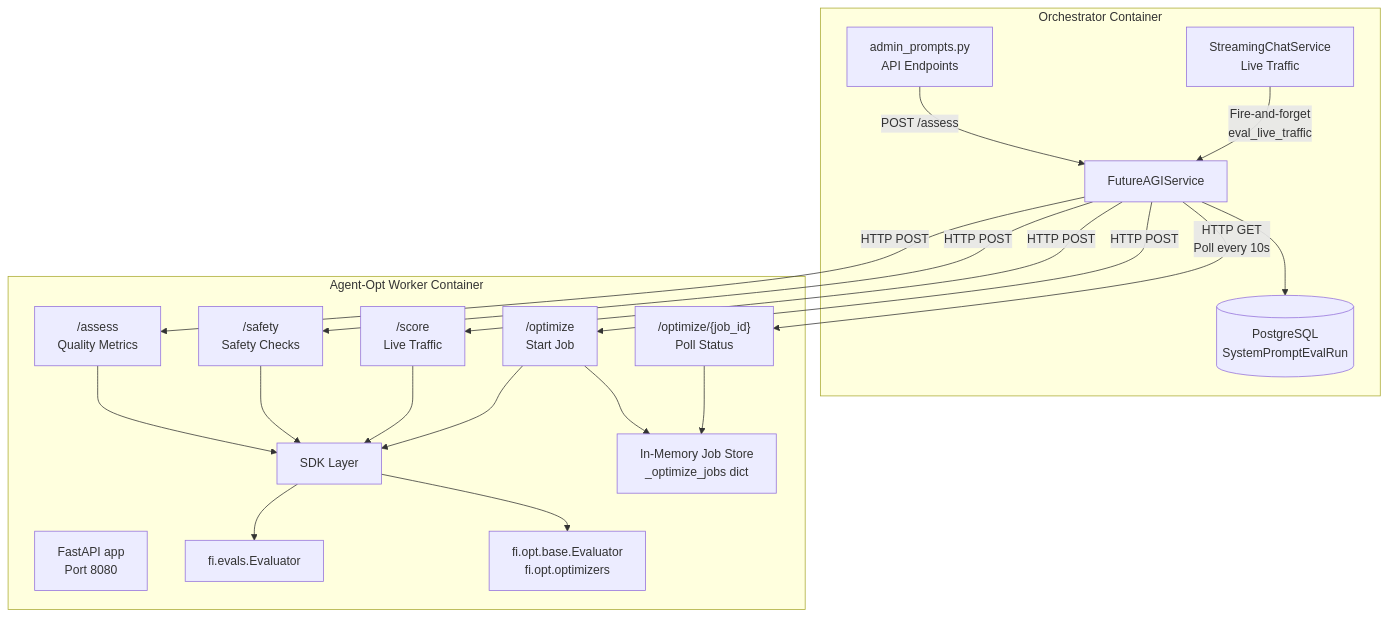
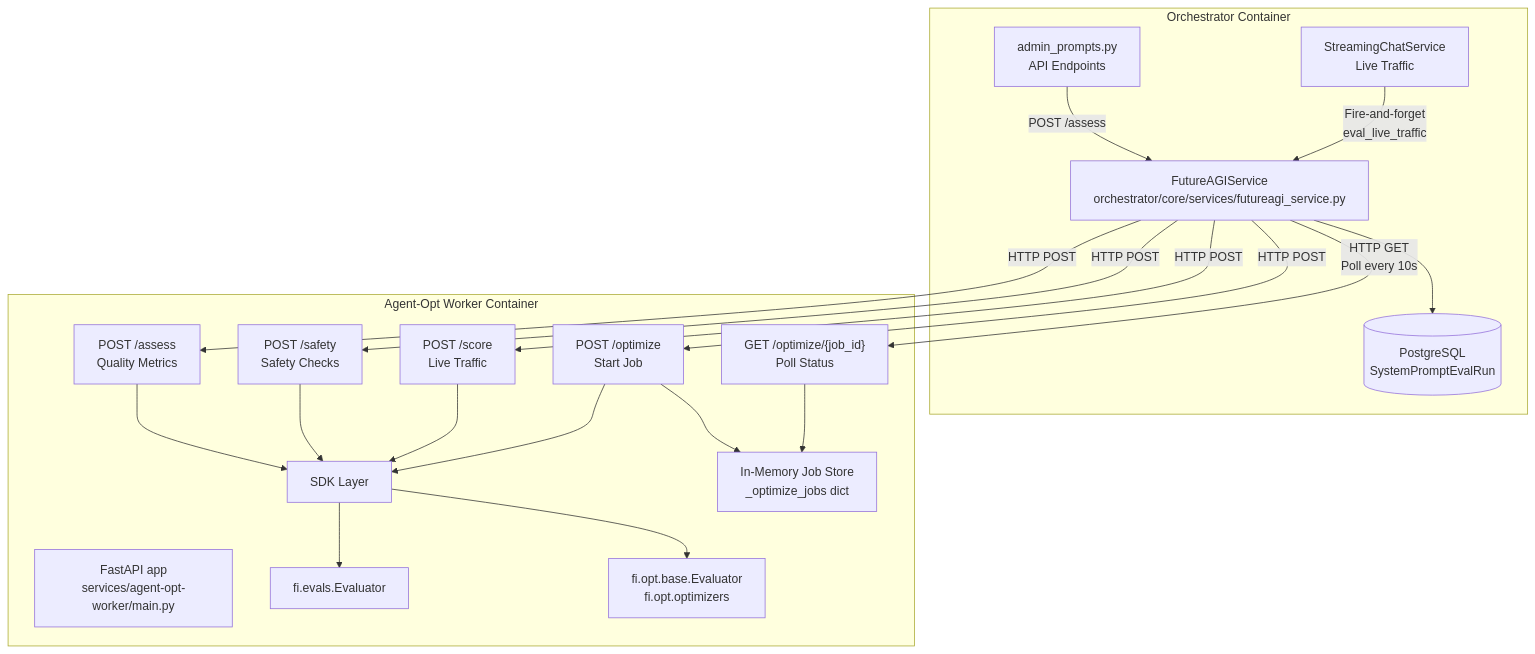
Before and after one commit to AutomatosAI/automatos-ai: the first of 2 diagrams in docs/prompt-optimization/agent-opt-worker-service.md, drawn with Mermaid. The commit also changed other lines of this file and 149 other files, not shown here.

Commit message:
docs: refresh documentation with graphify semantic scan

````diff
--- a/docs/prompt-optimization/agent-opt-worker-service.md
+++ b/docs/prompt-optimization/agent-opt-worker-service.md
@@ -28,46 +38,46 @@
 ```mermaid
 graph TB
     subgraph "Orchestrator Container"
-        FutureAGIService["FutureAGIService"]
+        FutureAGIService["FutureAGIService<br/>orchestrator/core/services/futureagi_service.py"]
         AdminPrompts["admin_prompts.py<br/>API Endpoints"]
         ChatService["StreamingChatService<br/>Live Traffic"]
         DB[("PostgreSQL<br/>SystemPromptEvalRun")]
     end
     
     subgraph "Agent-Opt Worker Container"
-        FastAPIApp["FastAPI app<br/>Port 8080"]
-        AssessEndpoint["/assess<br/>Quality Metrics"]
-        SafetyEndpoint["/safety<br/>Safety Checks"]
-        ScoreEndpoint["/score<br/>Live Traffic"]
-        OptimizeEndpoint["/optimize<br/>Start Job"]
-        StatusEndpoint["/optimize/{job_id}<br/>Poll Status"]
+        FastAPIApp["FastAPI app<br/>services/agent-opt-worker/main.py"]
+        AssessEndpoint["POST /assess<br/>Quality Metrics"]
+        SafetyEndpoint["POST /safety<br/>Safety Checks"]
+        ScoreEndpoint["POST /score<br/>Live Traffic"]
+        OptimizeEndpoint["POST /optimize<br/>Start Job"]
+        StatusEndpoint["GET /optimize/{job_id}<br/>Poll Status"]
         
         SDKLayer["SDK Layer"]
         FIEvals["fi.evals.Evaluator"]
         FIOpt["fi.opt.base.Evaluator<br/>fi.opt.optimizers"]
         
         JobStore["In-Memory Job Store<br/>_optimize_jobs dict"]
     end
     
     AdminPrompts -->|"POST /assess"| FutureAGIService
     ChatService -->|"Fire-and-forget<br/>eval_live_traffic"| FutureAGIService
     
     FutureAGIService -->|"HTTP POST"| AssessEndpoint
     FutureAGIService -->|"HTTP POST"| SafetyEndpoint
     FutureAGIService -->|"HTTP POST"| ScoreEndpoint
     FutureAGIService -->|"HTTP POST"| OptimizeEndpoint
     FutureAGIService -->|"HTTP GET<br/>Poll every 10s"| StatusEndpoint
     
     AssessEndpoint --> SDKLayer
     SafetyEndpoint --> SDKLayer
     ScoreEndpoint --> SDKLayer
     OptimizeEndpoint --> SDKLayer
     
     SDKLayer --> FIEvals
     SDKLayer --> FIOpt
     
     OptimizeEndpoint --> JobStore
     StatusEndpoint --> JobStore
     
     FutureAGIService --> DB
 ```
````
